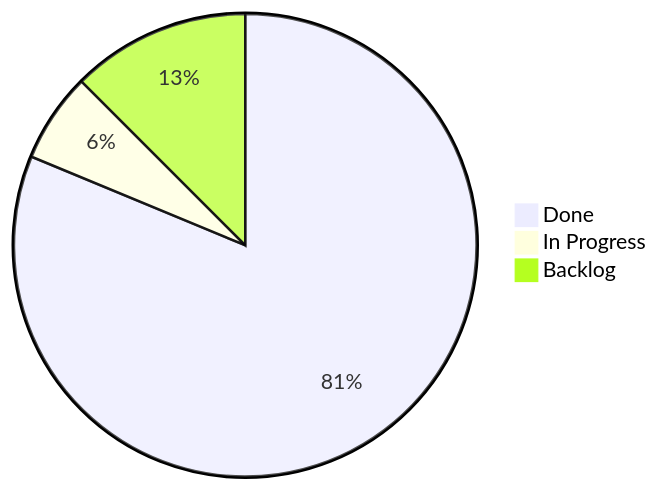
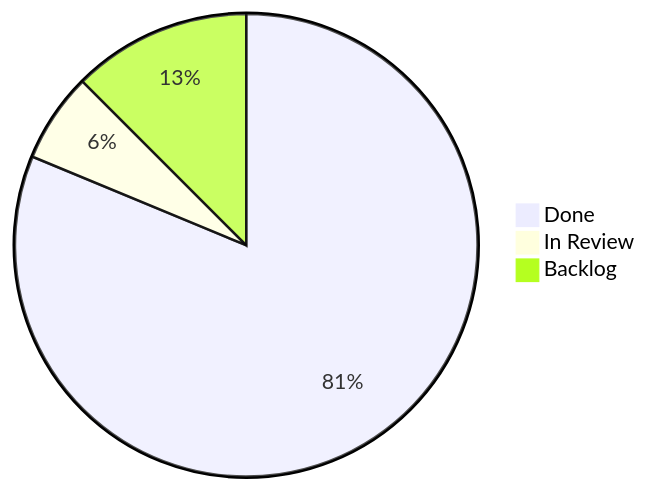
One commit to K-Dense-AI/claude-scientific-skills changed the second of 2 diagrams in docs/project/kanban/feat-00000050-markdown-mermaid-skill.md. Above: the diagram before and after it, drawn with Mermaid. The commit also changed other lines of this file, not shown here.

First line of the commit message:
docs(kanban): update board to reflect PR #50 open and in review

````diff
--- a/docs/project/kanban/feat-00000050-markdown-mermaid-skill.md
+++ b/docs/project/kanban/feat-00000050-markdown-mermaid-skill.md
@@ -96,9 +94,9 @@
 ```mermaid
 pie
     accTitle: PR 50 Task Completion
     accDescr: Pie chart showing 13 tasks done out of 15 total tasks for PR 50
 
     "Done" : 13
-    "In Progress" : 1
+    "In Review" : 1
     "Backlog" : 2
 ```
````
